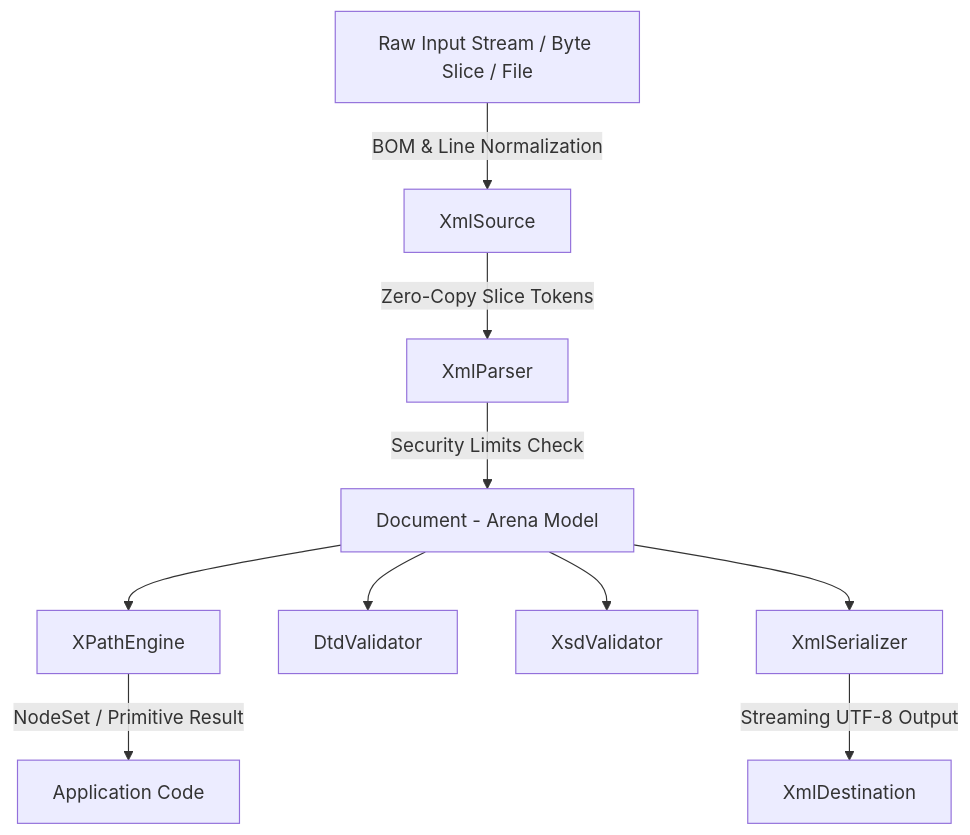
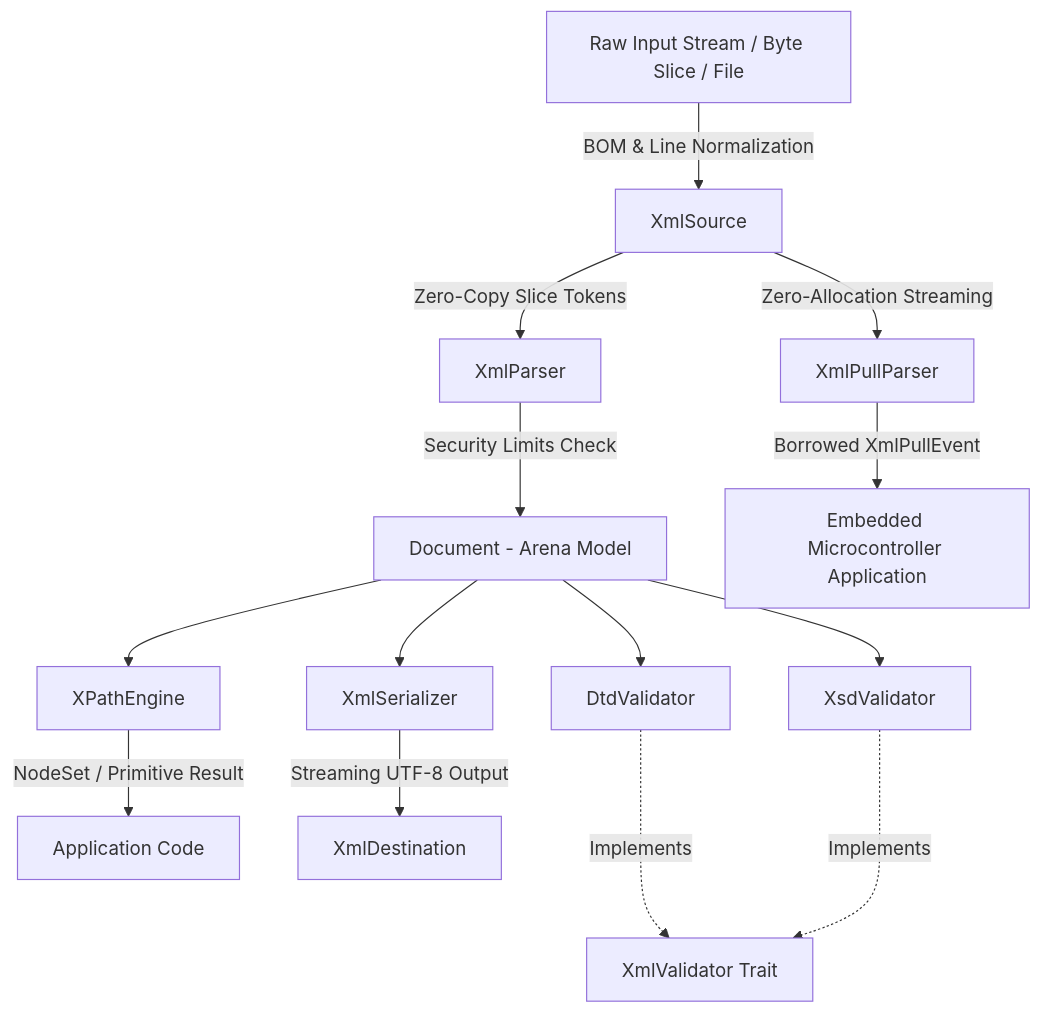
Before and after one commit to clockworkengineer/xml: the diagram in docs/ARCHITECTURE.md, drawn with Mermaid. The commit also changed other lines of this file and 4 other files, not shown here.

Commit message:
Update README.md, ARCHITECTURE.md, and API_GUIDE.md documentation suite for SOLID traits and Embedded systems features

````diff
--- a/docs/ARCHITECTURE.md
+++ b/docs/ARCHITECTURE.md
@@ -9,12 +9,16 @@
 ```mermaid
 flowchart TD
     A[Raw Input Stream / Byte Slice / File] -->|BOM & Line Normalization| B[XmlSource]
     B -->|Zero-Copy Slice Tokens| C[XmlParser]
+    B -->|Zero-Allocation Streaming| K[XmlPullParser]
     C -->|Security Limits Check| D[Document - Arena Model]
+    K -->|Borrowed XmlPullEvent| L[Embedded Microcontroller Application]
     D --> E[XPathEngine]
     D --> F[DtdValidator]
     D --> G[XsdValidator]
+    F ..->|Implements| M[XmlValidator Trait]
+    G ..->|Implements| M
     D --> H[XmlSerializer]
     E -->|NodeSet / Primitive Result| I[Application Code]
     H -->|Streaming UTF-8 Output| J[XmlDestination]
 ```
````
